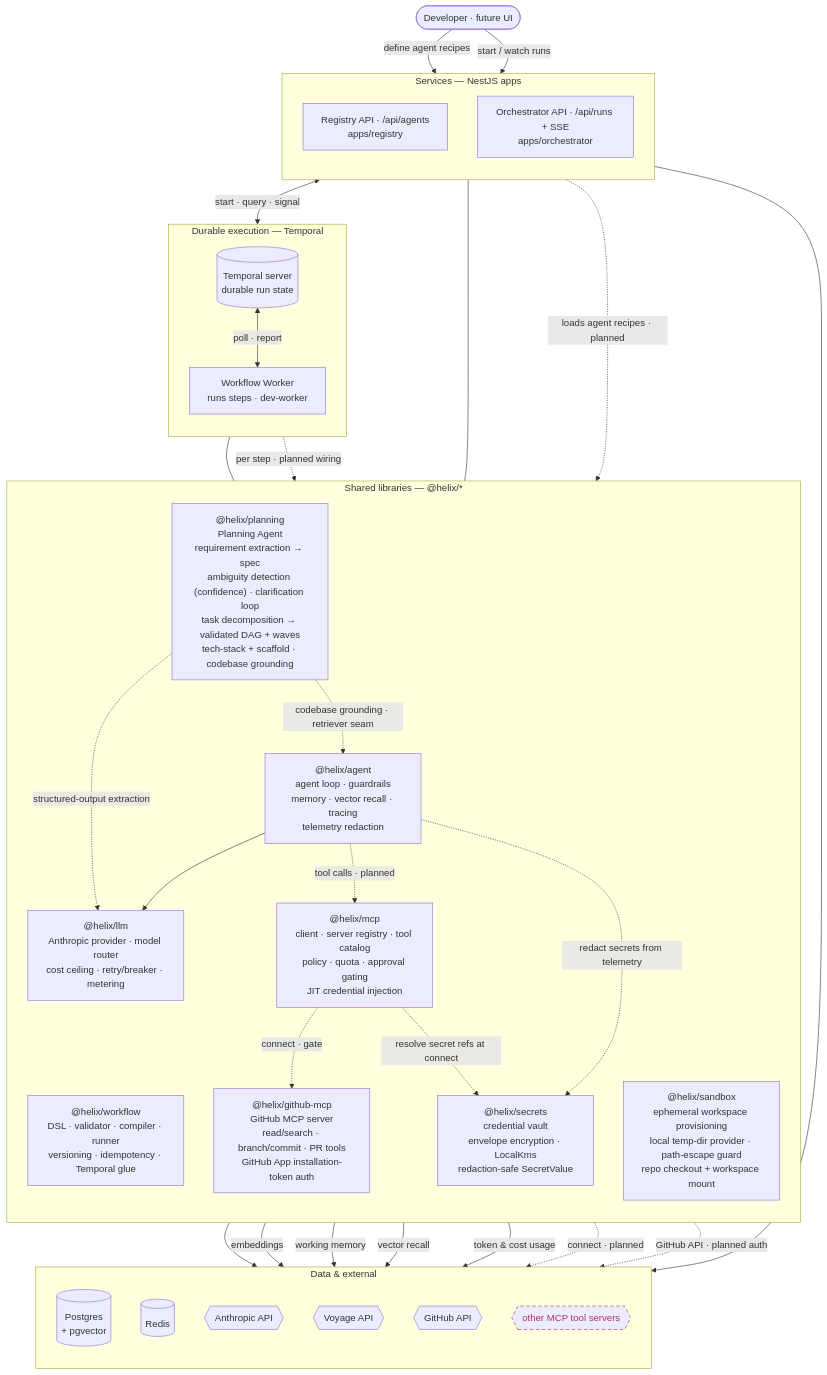
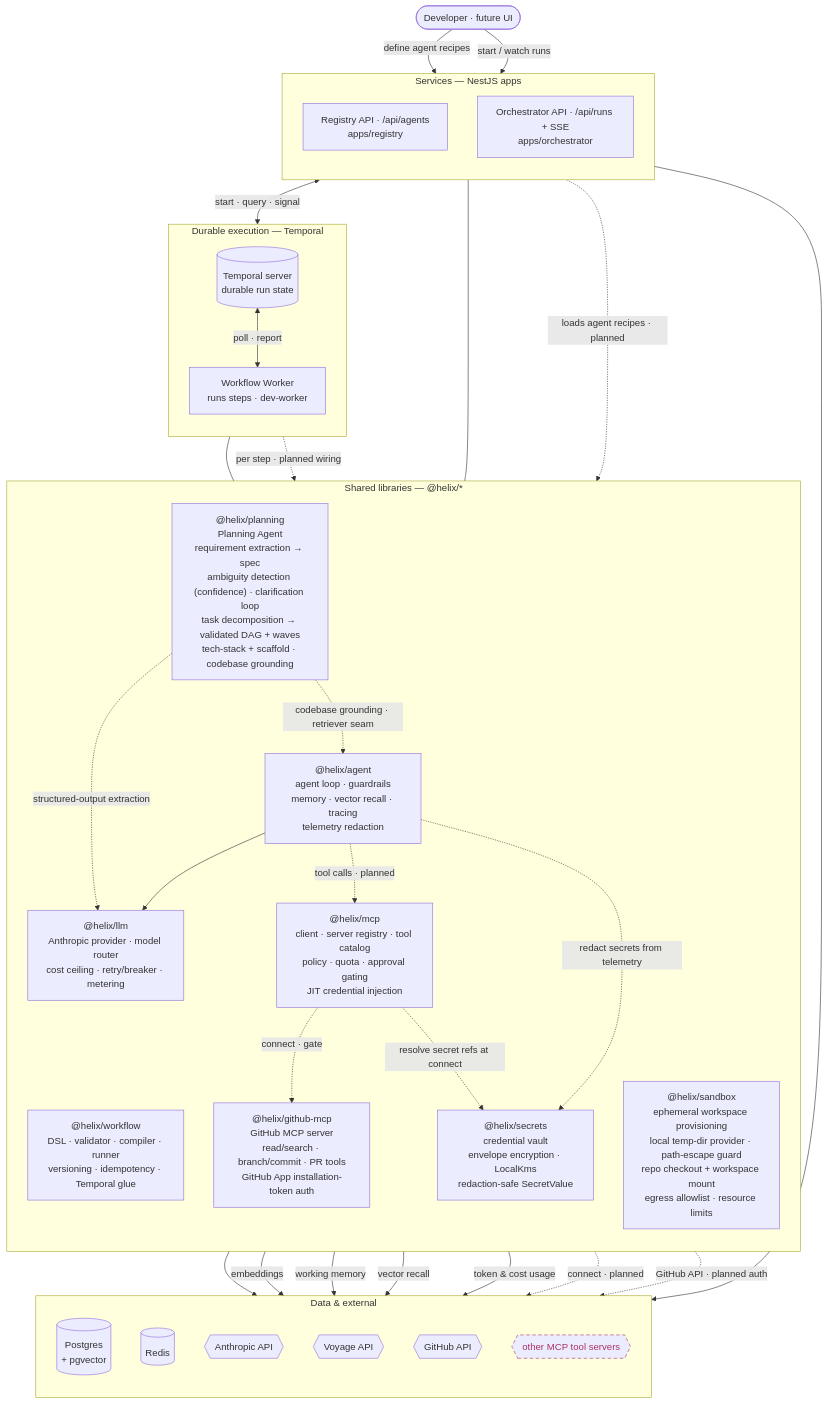
The first of 2 diagrams in docs/ARCHITECTURE.md (shhashhank/helix), drawn with Mermaid before and after one commit. The commit also changed 4 other files, not shown here.

First line of the commit message:
HELIX-102: egress controls + resource limits (#64)

````diff
--- a/docs/ARCHITECTURE.md
+++ b/docs/ARCHITECTURE.md
@@ -16,65 +16,65 @@
 ```mermaid
 flowchart TB
   user([Developer · future UI])
 
   subgraph svc["Services — NestJS apps"]
     direction TB
     reg["Registry API · /api/agents<br/>apps/registry"]
     orc["Orchestrator API · /api/runs + SSE<br/>apps/orchestrator"]
   end
 
   subgraph dur["Durable execution — Temporal"]
     direction TB
     tmp[("Temporal server<br/>durable run state")]
     wkr["Workflow Worker<br/>runs steps · dev-worker"]
   end
 
   subgraph lib["Shared libraries — @helix/*"]
     direction TB
     wf["@helix/workflow<br/>DSL · validator · compiler · runner<br/>versioning · idempotency · Temporal glue"]
     ag["@helix/agent<br/>agent loop · guardrails<br/>memory · vector recall · tracing<br/>telemetry redaction"]
     lm["@helix/llm<br/>Anthropic provider · model router<br/>cost ceiling · retry/breaker · metering"]
     mc["@helix/mcp<br/>client · server registry · tool catalog<br/>policy · quota · approval gating<br/>JIT credential injection"]
     gh["@helix/github-mcp<br/>GitHub MCP server<br/>read/search · branch/commit · PR tools<br/>GitHub App installation-token auth"]
     sec["@helix/secrets<br/>credential vault<br/>envelope encryption · LocalKms<br/>redaction-safe SecretValue"]
     pl["@helix/planning<br/>Planning Agent<br/>requirement extraction → spec<br/>ambiguity detection (confidence) · clarification loop<br/>task decomposition → validated DAG + waves<br/>tech-stack + scaffold · codebase grounding"]
-    sbx["@helix/sandbox<br/>ephemeral workspace provisioning<br/>local temp-dir provider · path-escape guard<br/>repo checkout + workspace mount"]
+    sbx["@helix/sandbox<br/>ephemeral workspace provisioning<br/>local temp-dir provider · path-escape guard<br/>repo checkout + workspace mount<br/>egress allowlist · resource limits"]
   end
 
   subgraph dat["Data & external"]
     direction TB
     pg[("Postgres<br/>+ pgvector")]
     rd[("Redis")]
     an{{Anthropic API}}
     vo{{Voyage API}}
     gha{{GitHub API}}
     ext{{other MCP tool servers}}
   end
 
   user -->|define agent recipes| reg
   user -->|start / watch runs| orc
   reg --> pg
   orc <-->|start · query · signal| tmp
   tmp <-->|poll · report| wkr
   wkr --- wf
   orc --- wf
   wkr -.->|per step · planned wiring| ag
   reg -.->|loads agent recipes · planned| ag
   ag --> lm
   ag -.->|tool calls · planned| mc
   lm --> an
   ag -->|embeddings| vo
   ag -->|working memory| rd
   ag -->|vector recall| pg
   lm -->|token & cost usage| pg
   mc -.->|connect · gate| gh
   mc -.->|connect · planned| ext
   mc -.->|resolve secret refs at connect| sec
   ag -.->|redact secrets from telemetry| sec
   pl -.->|structured-output extraction| lm
   pl -.->|codebase grounding · retriever seam| ag
   gh -.->|GitHub API · planned auth| gha
 
   classDef planned stroke-dasharray:6 4,stroke:#a36,color:#a36;
   class ext planned;
 ```
````
